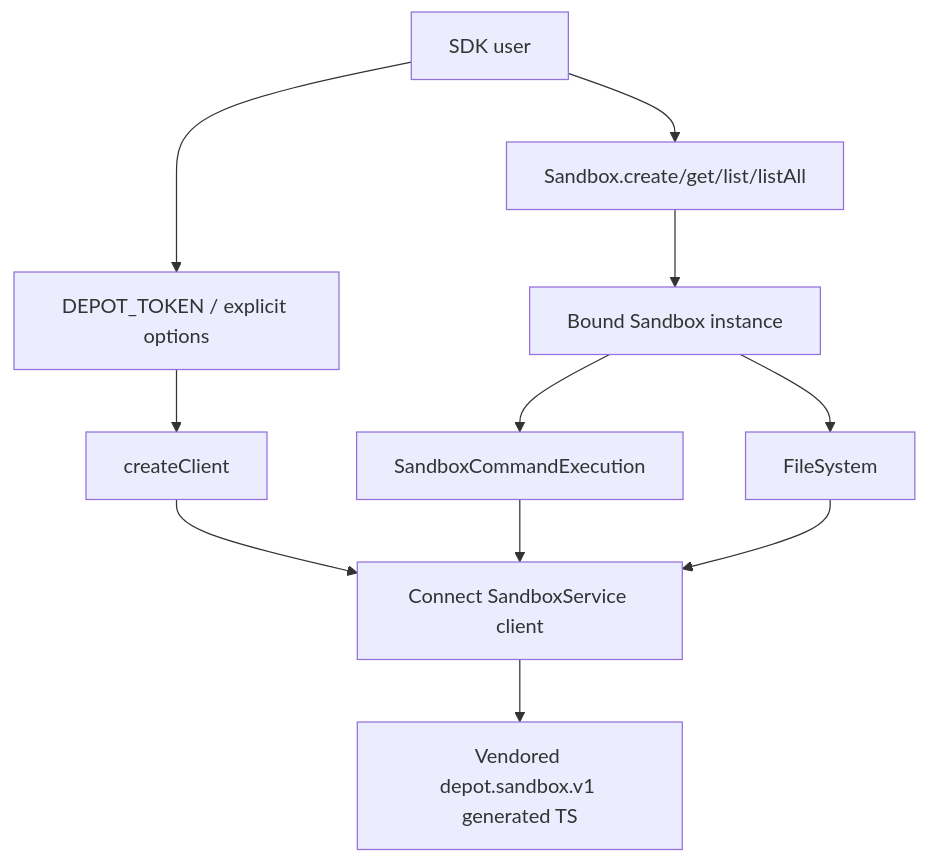
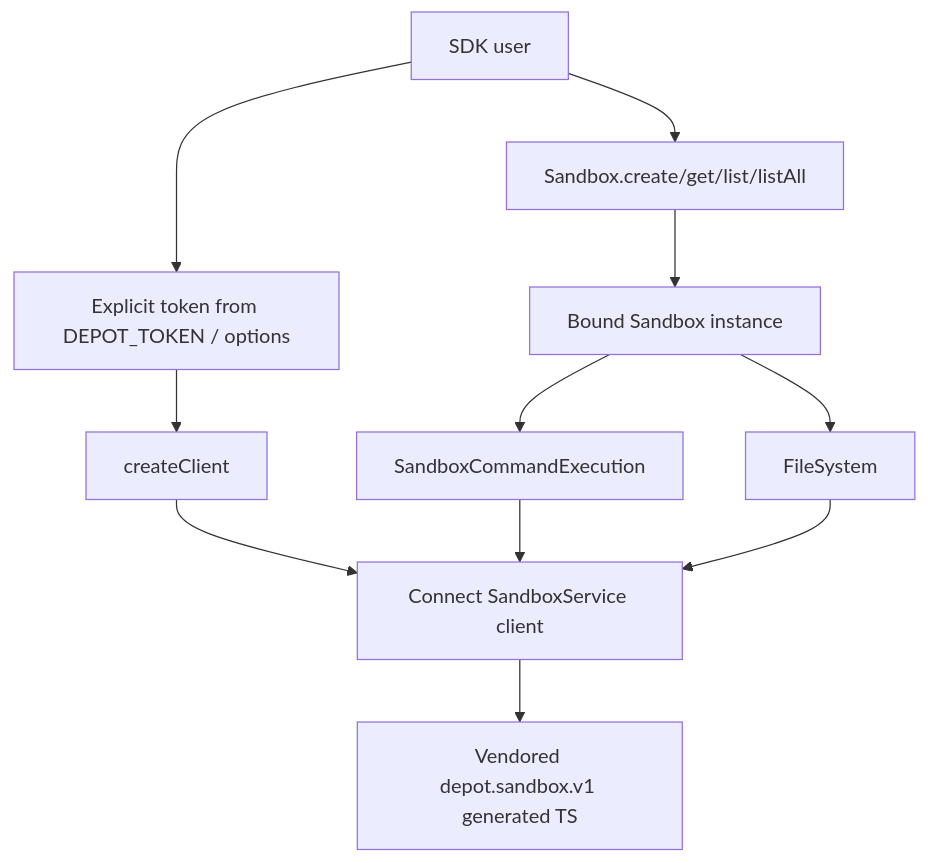
One commit to depot/sandbox-sdk changed the diagram in docs/plans/2026-06-09-001-feat-sandbox-sdk-package-plan.md. Above: the diagram before and after it, drawn with Mermaid. The commit also changed other lines of this file and 3 other files, not shown here.

Commit message:
fix: require explicit sandbox token

````diff
--- a/docs/plans/2026-06-09-001-feat-sandbox-sdk-package-plan.md
+++ b/docs/plans/2026-06-09-001-feat-sandbox-sdk-package-plan.md
@@ -152,23 +152,23 @@
 ```mermaid
 flowchart TD
     User["SDK user"]
-    Env["DEPOT_TOKEN / explicit options"]
+    Env["Explicit token from DEPOT_TOKEN / options"]
     Client["createClient"]
     RPC["Connect SandboxService client"]
     Static["Sandbox.create/get/list/listAll"]
     Sandbox["Bound Sandbox instance"]
     Command["SandboxCommandExecution"]
     FS["FileSystem"]
     Gen["Vendored depot.sandbox.v1 generated TS"]
 
     User --> Env
     Env --> Client
     Client --> RPC
     RPC --> Gen
     User --> Static
     Static --> Sandbox
     Sandbox --> Command
     Sandbox --> FS
     Command --> RPC
     FS --> RPC
 ```
````
